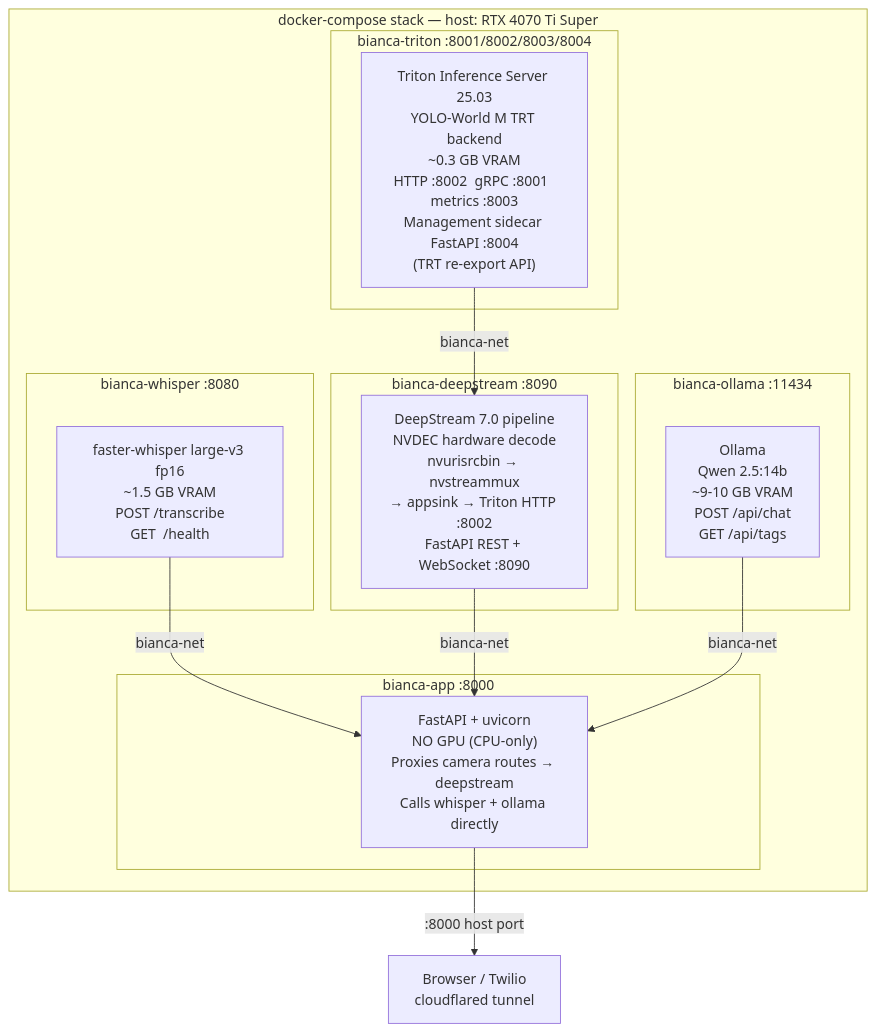
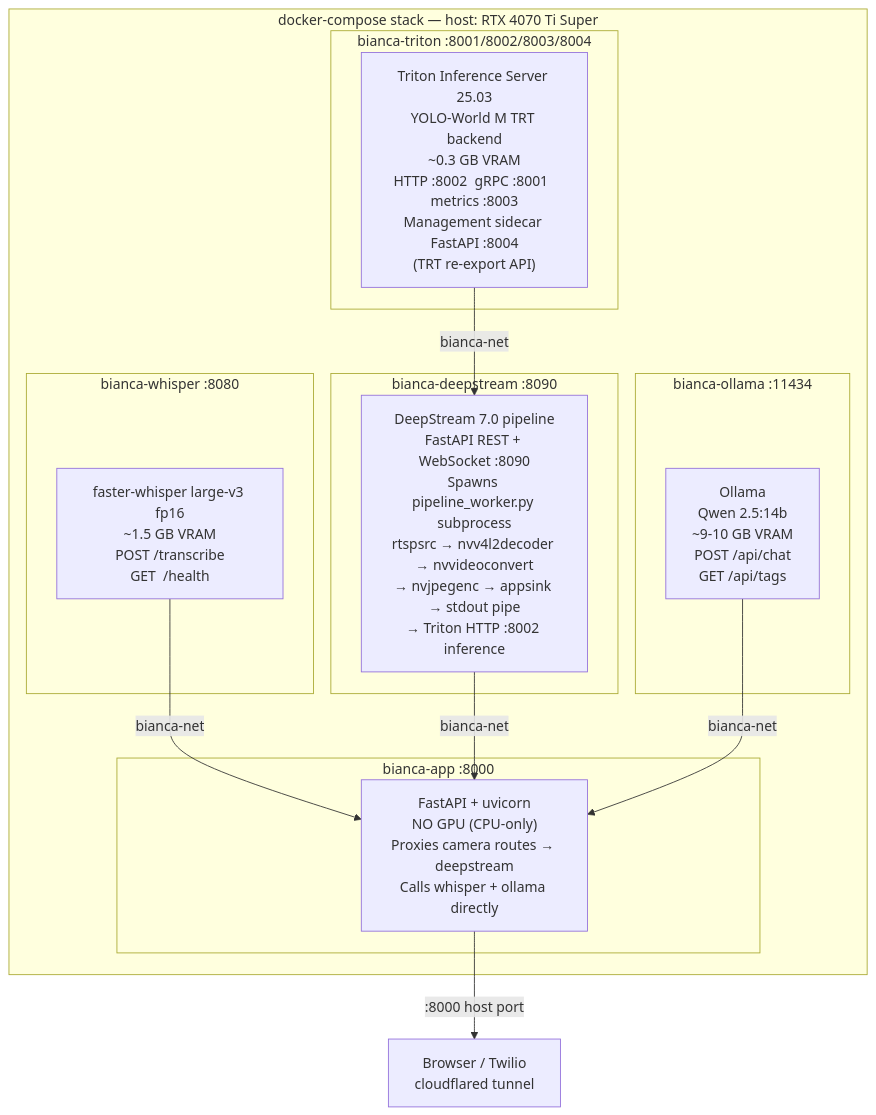
One commit to jasvinder-builder/family-assistant changed the first of 12 diagrams in ARCHITECTURE.md. Above: the diagram before and after it, drawn with Mermaid. The commit also changed other lines of this file and 4 other files, not shown here.

First line of the commit message:
fix: RTSP pipeline working end-to-end with NVDEC + nvjpegenc

````diff
--- a/ARCHITECTURE.md
+++ b/ARCHITECTURE.md
@@ -78,26 +78,26 @@
 ```mermaid
 graph TD
     subgraph Stack["docker-compose stack — host: RTX 4070 Ti Super"]
         subgraph whisper["bianca-whisper :8080"]
             W1["faster-whisper large-v3 fp16\n~1.5 GB VRAM\nPOST /transcribe\nGET  /health"]
         end
         subgraph triton["bianca-triton :8001/8002/8003/8004"]
             T1["Triton Inference Server 25.03\nYOLO-World M TRT backend\n~0.3 GB VRAM\nHTTP :8002  gRPC :8001  metrics :8003\nManagement sidecar FastAPI :8004\n(TRT re-export API)"]
         end
         subgraph deepstream["bianca-deepstream :8090"]
-            DS1["DeepStream 7.0 pipeline\nNVDEC hardware decode\nnvurisrcbin → nvstreammux\n→ appsink → Triton HTTP :8002\nFastAPI REST + WebSocket :8090"]
+            DS1["DeepStream 7.0 pipeline\nFastAPI REST + WebSocket :8090\nSpawns pipeline_worker.py subprocess\nrtspsrc → nvv4l2decoder → nvvideoconvert\n→ nvjpegenc → appsink → stdout pipe\n→ Triton HTTP :8002 inference"]
         end
         subgraph ollama["bianca-ollama :11434"]
             O1["Ollama\nQwen 2.5:14b\n~9-10 GB VRAM\nPOST /api/chat\nGET  /api/tags"]
         end
         subgraph app["bianca-app :8000"]
             A1["FastAPI + uvicorn\nNO GPU (CPU-only)\nProxies camera routes → deepstream\nCalls whisper + ollama directly"]
         end
     end
 
     W1 -- bianca-net --> A1
     DS1 -- bianca-net --> A1
     T1 -- bianca-net --> DS1
     O1 -- bianca-net --> A1
     A1 -->|:8000 host port| EXT["Browser / Twilio\ncloudflared tunnel"]
 ```
````
